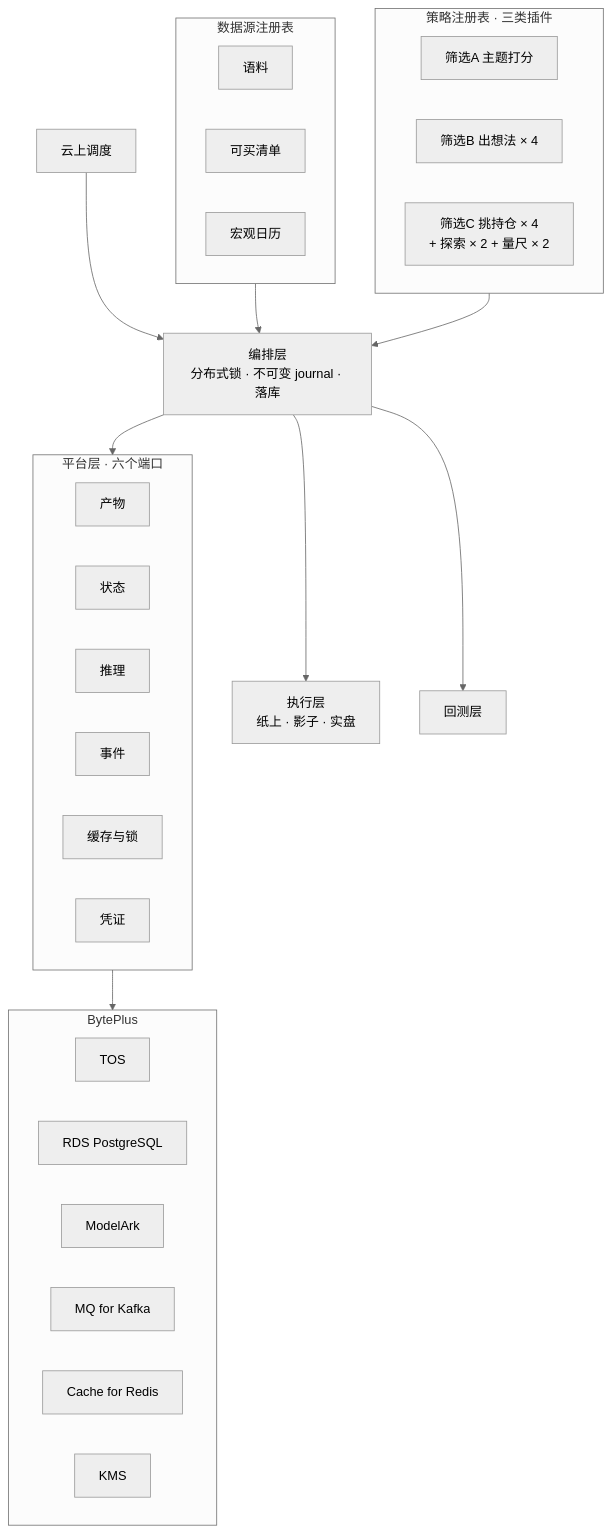
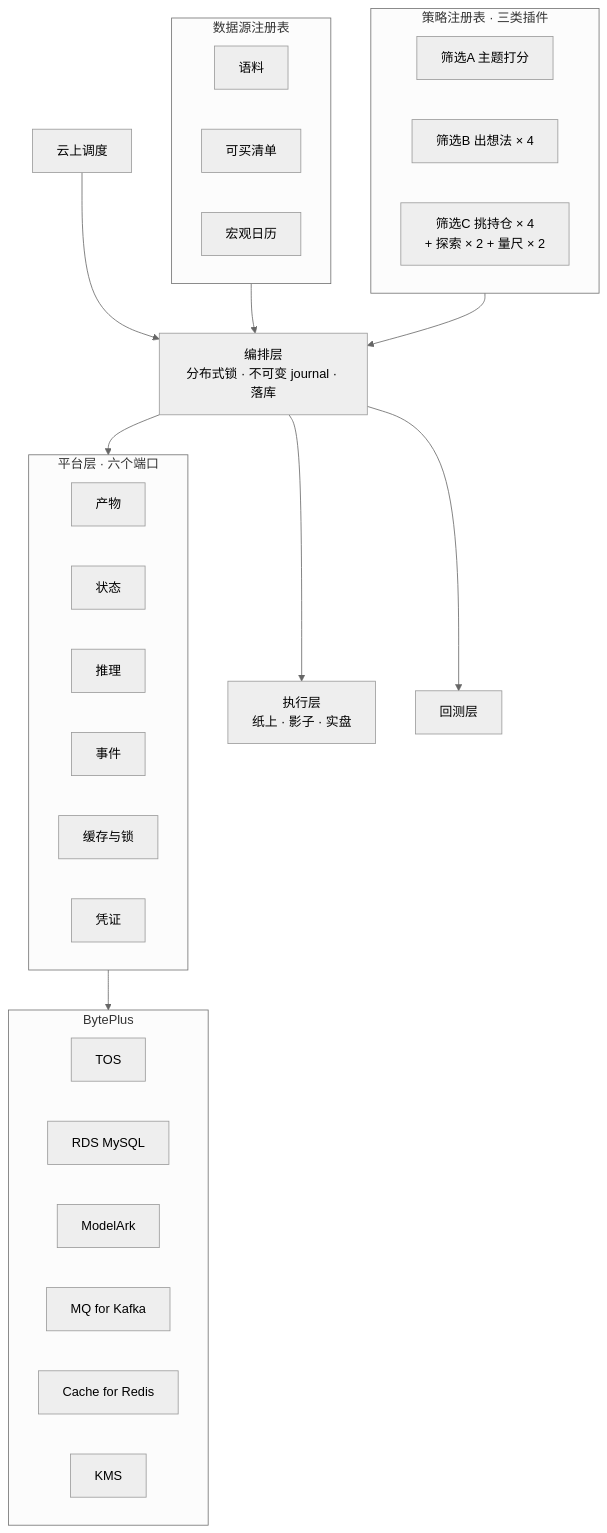
One commit to YuesongCai/IdeaGen40 changed the second of 2 diagrams in README.md. Above: the diagram before and after it, drawn with Mermaid (neutral theme). The commit also changed other lines of this file and 38 other files, not shown here.

````diff
--- a/README.md
+++ b/README.md
@@ -96,37 +96,37 @@
 ```mermaid
 flowchart TB
   subgraph STRAT["策略注册表 · 三类插件"]
     S1["筛选A 主题打分"]
     S2["筛选B 出想法 × 4"]
     S3["筛选C 挑持仓 × 4<br/>+ 探索 × 2 + 量尺 × 2"]
   end
   subgraph FEED["数据源注册表"]
     F1["语料"]
     F2["可买清单"]
     F3["宏观日历"]
   end
   ORCH["编排层<br/>分布式锁 · 不可变 journal · 落库"]
   subgraph PORT["平台层 · 六个端口"]
     P1["产物"]
     P2["状态"]
     P3["推理"]
     P4["事件"]
     P5["缓存与锁"]
     P6["凭证"]
   end
   subgraph BP["BytePlus"]
     B1["TOS"]
-    B2["RDS PostgreSQL"]
+    B2["RDS MySQL"]
     B3["ModelArk"]
     B4["MQ for Kafka"]
     B5["Cache for Redis"]
     B6["KMS"]
   end
   FEED --> ORCH
   STRAT --> ORCH
   ORCH --> PORT
   PORT --> BP
   ORCH --> EXE["执行层<br/>纸上 · 影子 · 实盘"]
   ORCH --> BT["回测层"]
   SCHED["云上调度"] --> ORCH
 ```
````
